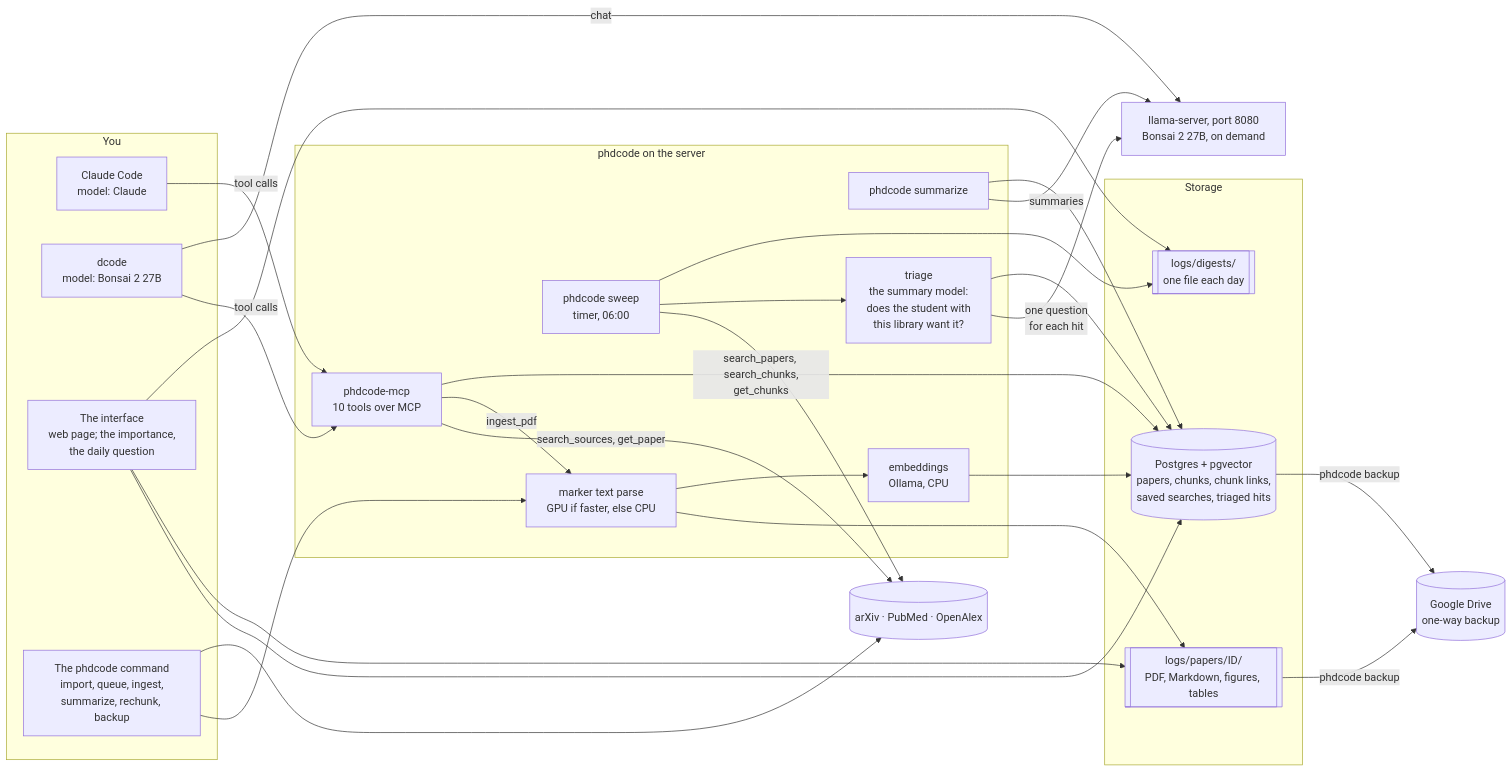
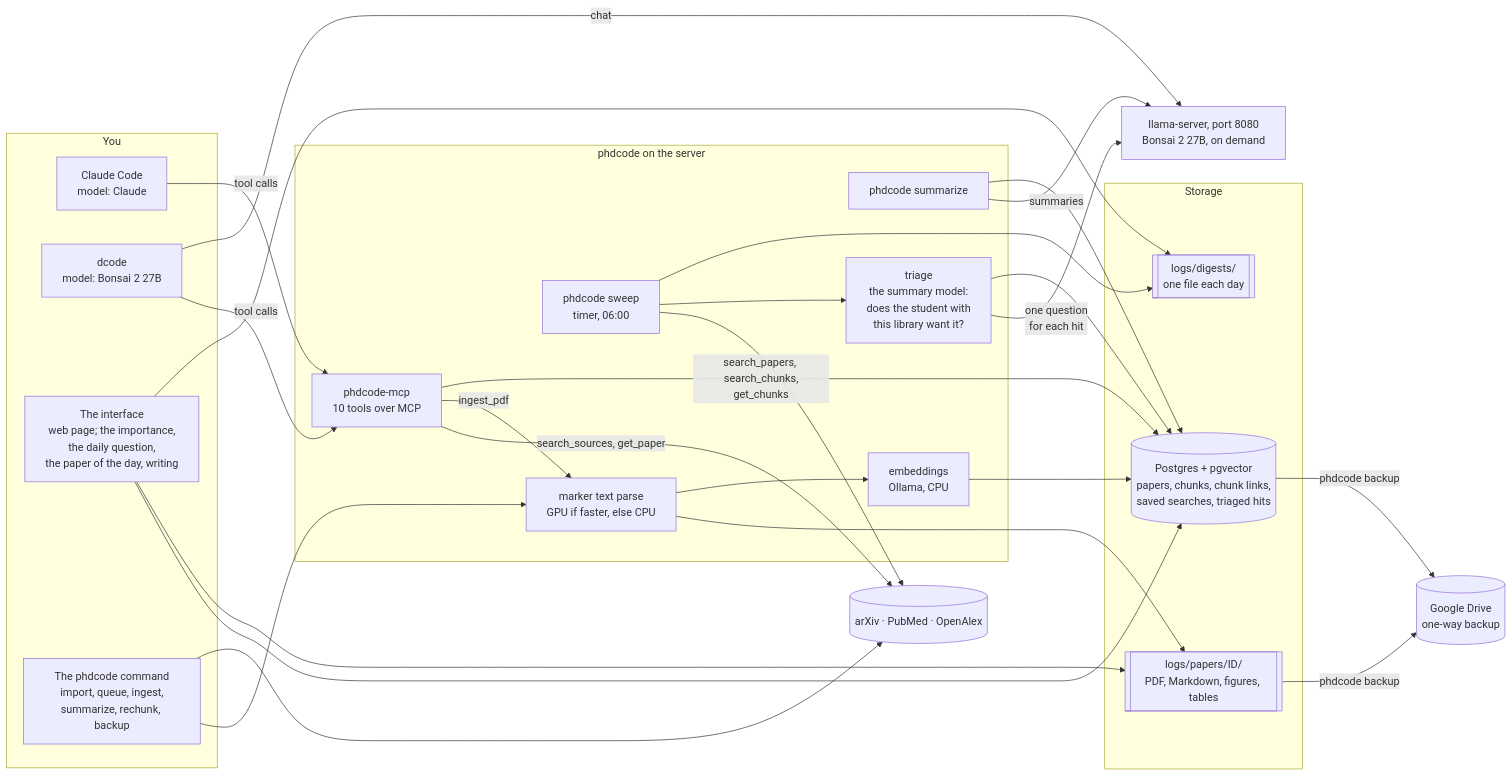
One commit to fuminaba/phdcode changed the first of 6 diagrams in docs/how-it-works.md. Above: the diagram before and after it, drawn with Mermaid. The commit also changed 16 other files, not shown here.

````diff
--- a/docs/how-it-works.md
+++ b/docs/how-it-works.md
@@ -7,48 +7,48 @@
 ```mermaid
 flowchart LR
   subgraph you["You"]
     CC["Claude Code<br/>model: Claude"]
     DC["dcode<br/>model: Bonsai 2 27B"]
-    UI["The interface<br/>web page; the importance,<br/>the daily question"]
+    UI["The interface<br/>web page; the importance,<br/>the daily question,<br/>the paper of the day, writing"]
     CLI["The phdcode command<br/>import, queue, ingest,<br/>summarize, rechunk, backup"]
   end
   subgraph phd["phdcode on the server"]
     MCP["phdcode-mcp<br/>10 tools over MCP"]
     SW["phdcode sweep<br/>timer, 06:00"]
     SUM["phdcode summarize"]
     PARSE["marker text parse<br/>GPU if faster, else CPU"]
     EMB["embeddings<br/>Ollama, CPU"]
     TRI["triage<br/>the summary model:<br/>does the student with<br/>this library want it?"]
   end
   subgraph store["Storage"]
     PG[("Postgres + pgvector<br/>papers, chunks, chunk links,<br/>saved searches, triaged hits")]
     FILES[["logs/papers/ID/<br/>PDF, Markdown, figures, tables"]]
     DIG[["logs/digests/<br/>one file each day"]]
   end
   SRC[("arXiv · PubMed · OpenAlex")]
   LLM["llama-server, port 8080<br/>Bonsai 2 27B, on demand"]
   DRIVE[("Google Drive<br/>one-way backup")]
   CC -- "tool calls" --> MCP
   DC -- "tool calls" --> MCP
   DC -- "chat" --> LLM
   CLI --> PARSE
   CLI --> SRC
   MCP -- "search_sources, get_paper" --> SRC
   MCP -- "ingest_pdf" --> PARSE
   PARSE --> FILES
   PARSE --> EMB
   EMB --> PG
   MCP -- "search_papers, search_chunks,<br/>get_chunks" --> PG
   SW --> SRC
   SW --> TRI
   TRI -- "one question<br/>for each hit" --> LLM
   TRI --> PG
   SW --> DIG
   SUM -- "summaries" --> LLM
   SUM --> PG
   UI --> PG
   UI --> FILES
   UI --> DIG
   PG -- "phdcode backup" --> DRIVE
   FILES -- "phdcode backup" --> DRIVE
 ```
````
